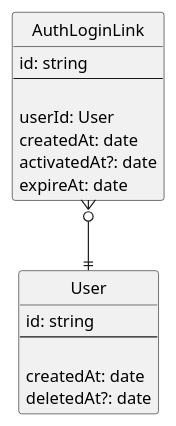
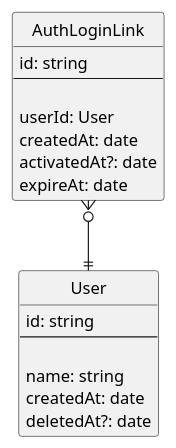
Before and after one commit to AlekseyBabich/support-chat: the diagram in doc/domain/domain.plantuml, drawn with PlantUML. The commit also changed 4 other files, not shown here.

```diff
--- a/doc/domain/domain.plantuml
+++ b/doc/domain/domain.plantuml
@@ -1,27 +1,28 @@
 @startuml
 
 ' hide "E" circle
 hide circle
 
 ' straight arrows
 ' skinparam linetype ortho
 entity User {
   id: string
   --
 
+  name: string
   createdAt: date
   deletedAt?: date
 }
 
 entity AuthLoginLink {
   id: string
   --
 
   userId: User
   createdAt: date
   activatedAt?: date
   expireAt: date
 }
 AuthLoginLink }o--|| User
 
 @enduml
```
